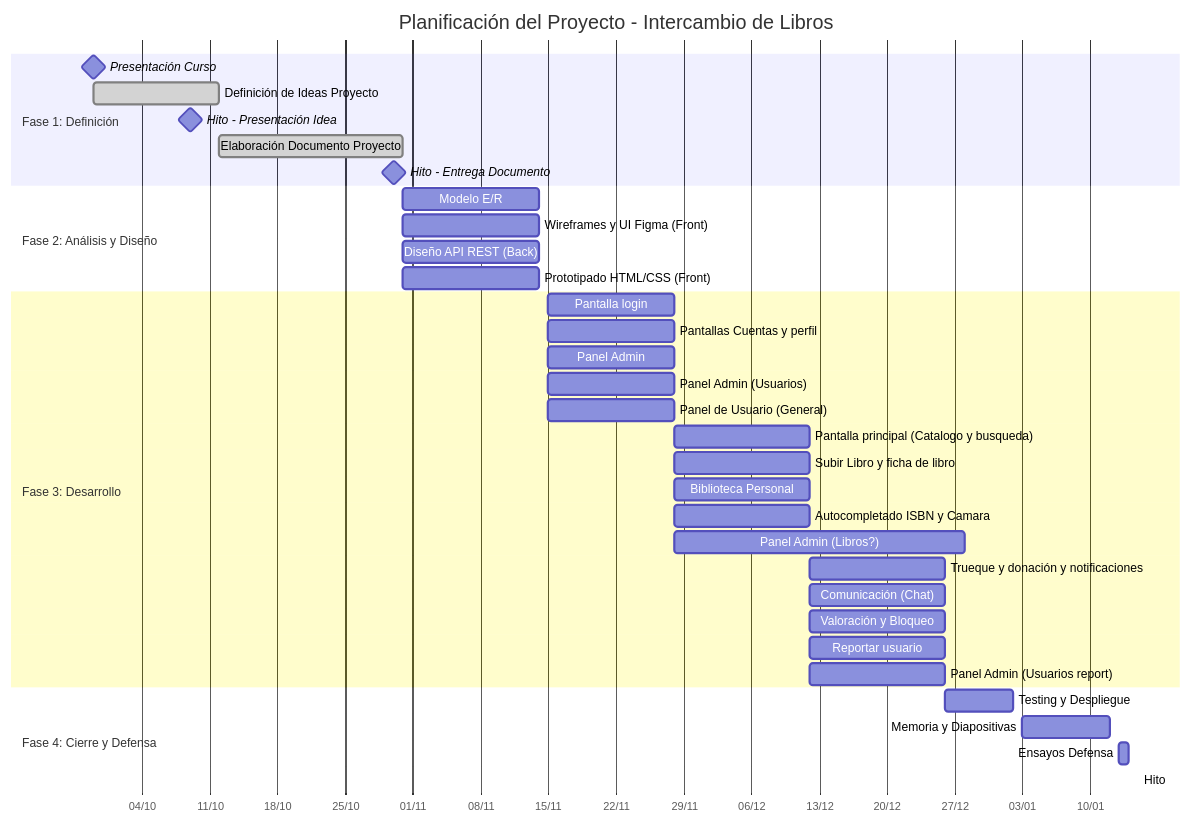
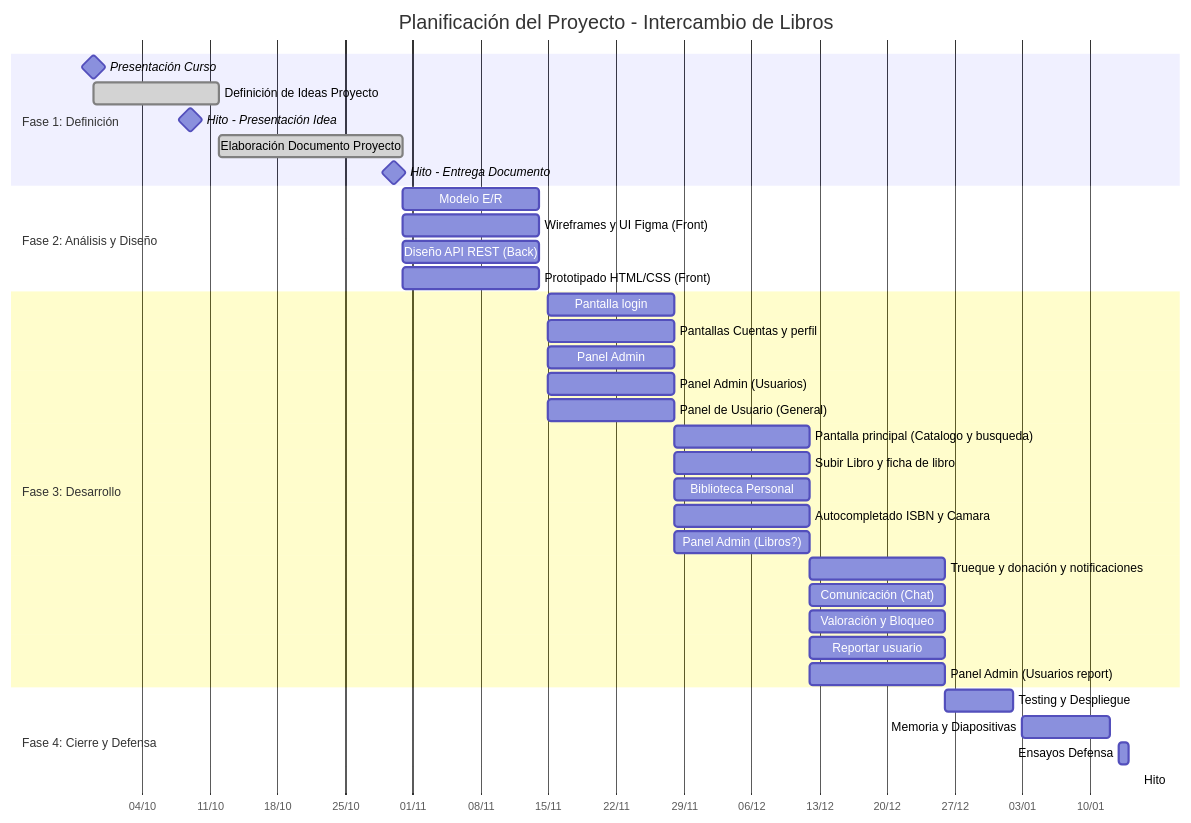
The diagram in README.md (librolibre/librolibre), drawn with Mermaid before and after one commit.

Commit message:
Actualizar Readme

````diff
--- a/README.md
+++ b/README.md
@@ -13,42 +13,42 @@
 ```mermaid
 gantt
     title Planificación del Proyecto - Intercambio de Libros
     dateFormat  YYYY-MM-DD
     axisFormat %d/%m
     
     section Fase 1: Definición
     Presentación Curso              :milestone, 2026-09-29, 0d
     Definición de Ideas Proyecto    :done, 2026-09-29, 2026-10-12
     Hito - Presentación Idea        :milestone, 2026-10-09, 0d
     Elaboración Documento Proyecto  :done, 2026-10-12, 2026-10-31
     Hito - Entrega Documento        :milestone, 2026-10-30, 0d
 
     section Fase 2: Análisis y Diseño
     Modelo E/R                      :2026-10-31, 2026-11-14
     Wireframes y UI Figma (Front)   :2026-10-31, 2026-11-14
     Diseño API REST (Back)          :2026-10-31, 2026-11-14
     Prototipado HTML/CSS (Front)    :2026-10-31, 2026-11-14
 
     section Fase 3: Desarrollo
     Pantalla login                  :2026-11-15, 2026-11-28
     Pantallas Cuentas y perfil      :2026-11-15, 2026-11-28
     Panel Admin                     :2026-11-15, 2026-11-28
     Panel Admin (Usuarios)          :2026-11-15, 2026-11-28
     Panel de Usuario (General)      :2026-11-15, 2026-11-28
     Pantalla principal (Catalogo y busqueda)              :2026-11-28, 2026-12-12
     Subir Libro y ficha de libro    :2026-11-28, 2026-12-12
     Biblioteca Personal             :2026-11-28, 2026-12-12
     Autocompletado ISBN y Camara    :2026-11-28, 2026-12-12
-    Panel Admin (Libros?)           :2026-11-28, 2026-12-28
+    Panel Admin (Libros?)           :2026-11-28, 2026-12-12
     Trueque y donación y notificaciones                    :2026-12-12, 2026-12-26
     Comunicación (Chat)             :2026-12-12, 2026-12-26
     Valoración y Bloqueo            :2026-12-12, 2026-12-26
     Reportar usuario                :2026-12-12, 2026-12-26
     Panel Admin (Usuarios report)   :2026-12-12, 2026-12-26
 
     section Fase 4: Cierre y Defensa
     Testing y Despliegue           :2026-12-26, 2027-01-02
     Memoria y Diapositivas         :2027-01-03, 2027-01-12
     Ensayos Defensa                :2027-01-13, 2027-01-14
     Hito: Defensa Oral             :milestone, 2027-01-15, 0d
 ```
````
